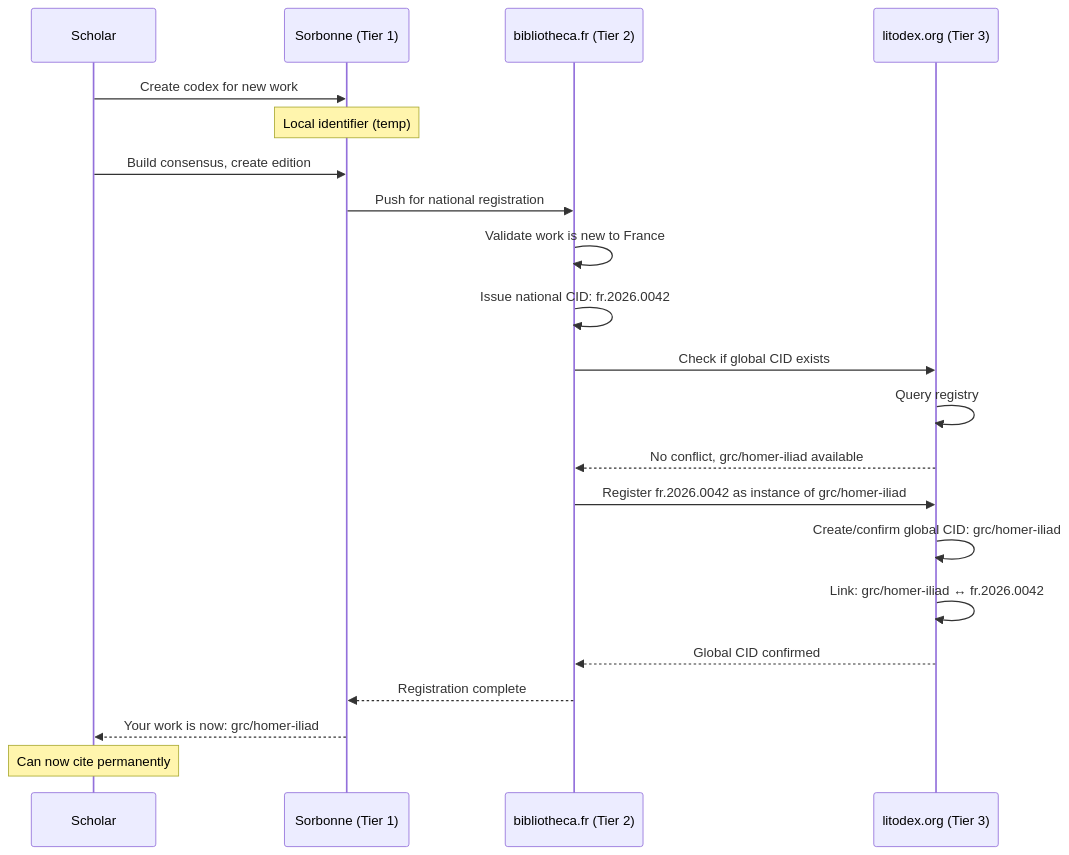
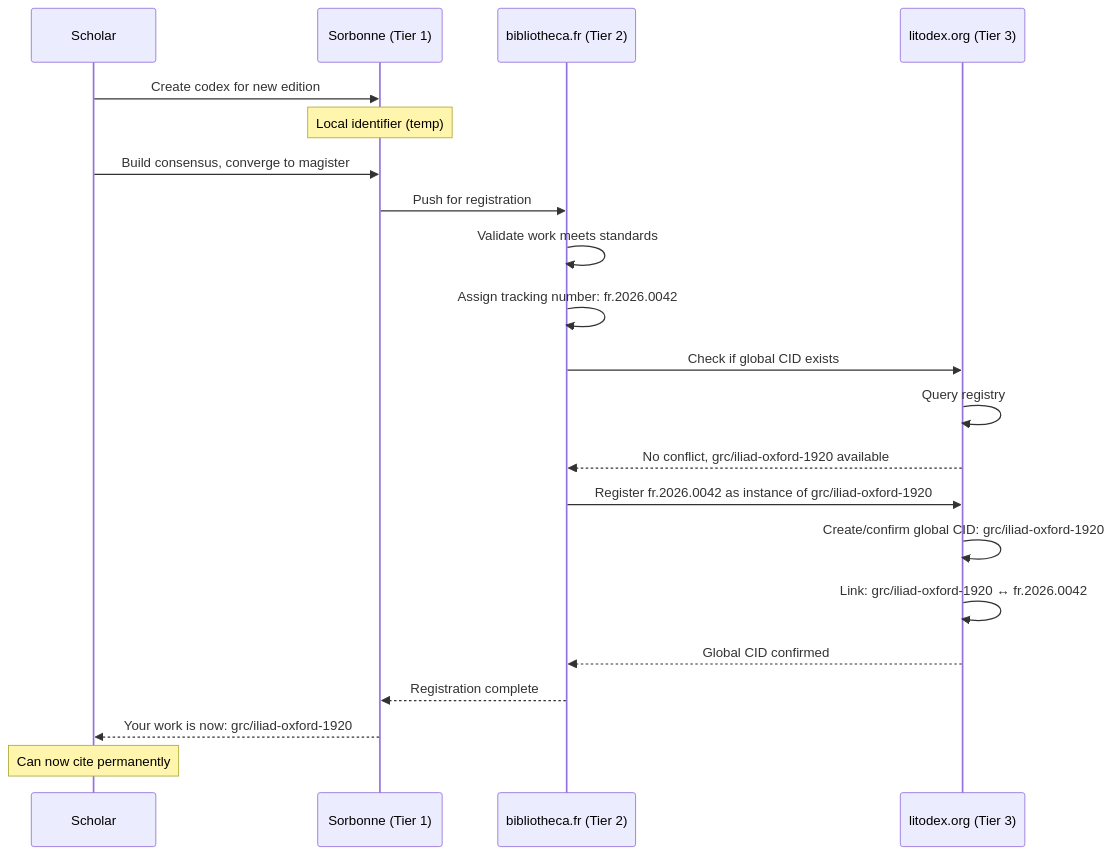
One commit to deyanovich/litodex changed the second of 4 diagrams in README.md. Above: the diagram before and after it, drawn with Mermaid. The commit also changed other lines of this file, not shown here.

Commit message:
Comprehensive README redesign: one-edition-per-codex, magister, harmonized CIDs

````diff
--- a/README.md
+++ b/README.md
@@ -352,29 +356,29 @@
 ```mermaid
 sequenceDiagram
     participant Scholar
     participant Sorbonne as Sorbonne (Tier 1)
     participant FR as bibliotheca.fr (Tier 2)
     participant INT as litodex.org (Tier 3)
     
-    Scholar->>Sorbonne: Create codex for new work
+    Scholar->>Sorbonne: Create codex for new edition
     Note over Sorbonne: Local identifier (temp)
     
-    Scholar->>Sorbonne: Build consensus, create edition
-    Sorbonne->>FR: Push for national registration
+    Scholar->>Sorbonne: Build consensus, converge to magister
+    Sorbonne->>FR: Push for registration
     
-    FR->>FR: Validate work is new to France
-    FR->>FR: Issue national CID: fr.2026.0042
+    FR->>FR: Validate work meets standards
+    FR->>FR: Assign tracking number: fr.2026.0042
     
     FR->>INT: Check if global CID exists
     INT->>INT: Query registry
-    INT-->>FR: No conflict, grc/homer-iliad available
+    INT-->>FR: No conflict, grc/iliad-oxford-1920 available
     
-    FR->>INT: Register fr.2026.0042 as instance of grc/homer-iliad
-    INT->>INT: Create/confirm global CID: grc/homer-iliad
-    INT->>INT: Link: grc/homer-iliad ↔ fr.2026.0042
+    FR->>INT: Register fr.2026.0042 as instance of grc/iliad-oxford-1920
+    INT->>INT: Create/confirm global CID: grc/iliad-oxford-1920
+    INT->>INT: Link: grc/iliad-oxford-1920 ↔ fr.2026.0042
     
     INT-->>FR: Global CID confirmed
     FR-->>Sorbonne: Registration complete
-    Sorbonne-->>Scholar: Your work is now: grc/homer-iliad
+    Sorbonne-->>Scholar: Your work is now: grc/iliad-oxford-1920
     Note over Scholar: Can now cite permanently
 ```
````
